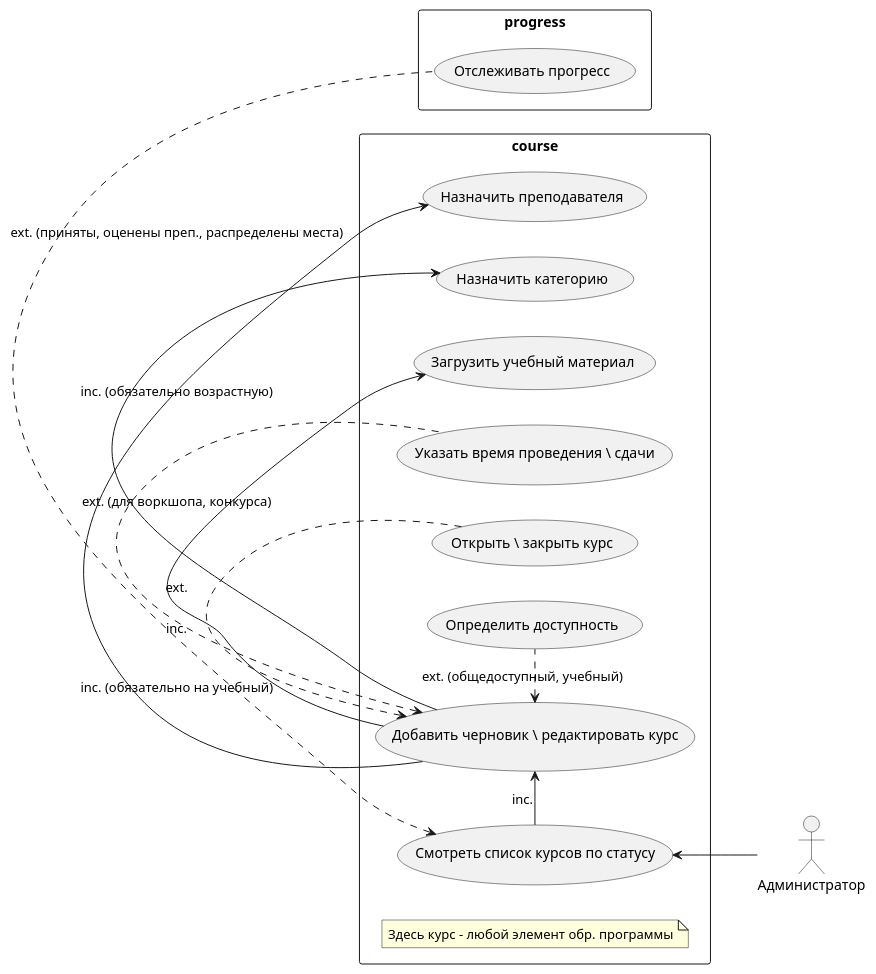
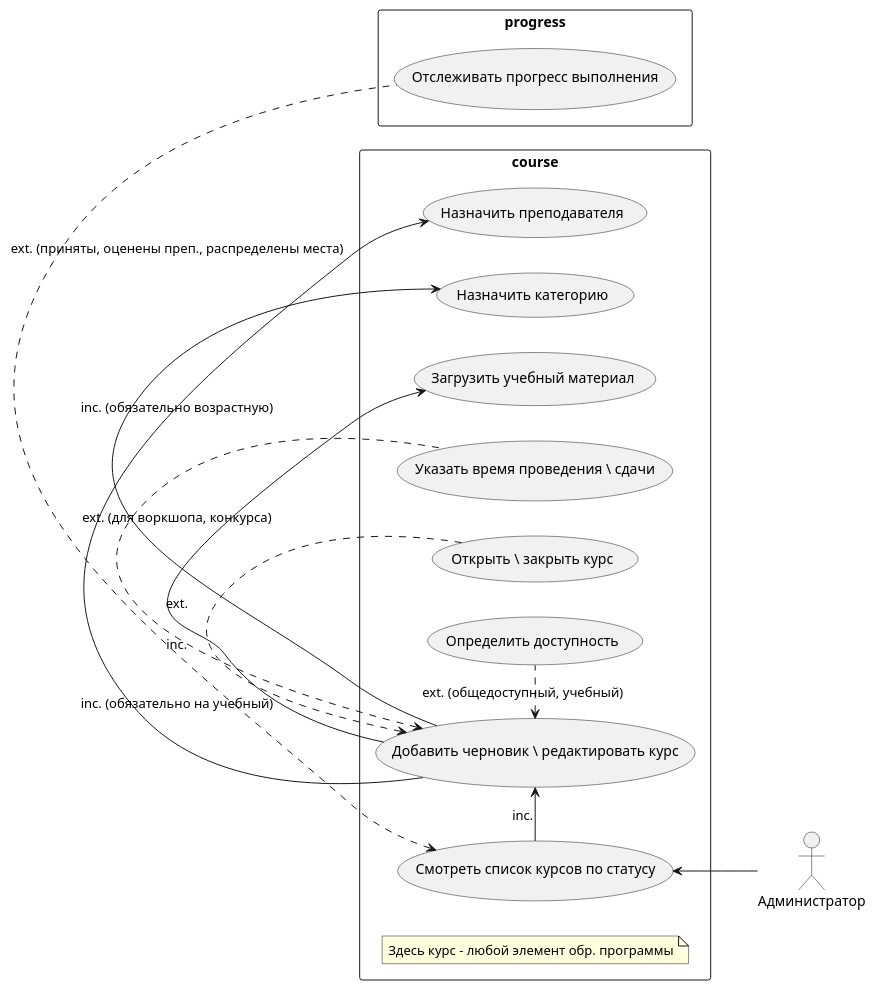
One commit to karpoftea/mts-kata-2023 changed the fifth of 7 diagrams in docs/requirements/requirements.md. Above: the diagram before and after it, drawn with PlantUML. The commit also changed other lines of this file and 3 other files, not shown here.

Commit message:
Добавил sequence для иллюстрации асинхронного взаимодействия, исправил опечатки

````diff
--- a/docs/requirements/requirements.md
+++ b/docs/requirements/requirements.md
@@ -213,35 +212,35 @@
 ```plantuml
 @startuml
 
 left to right direction
 
 actor "Администратор" as admin
 
 rectangle course {
   usecase "Смотреть список курсов по статусу" as UC71
   usecase "Назначить преподавателя" as UC61
   usecase "Назначить категорию" as UC62
   usecase "Добавить черновик \ редактировать курс" as UC63
   usecase "Загрузить учебный материал" as UC64
   usecase "Указать время проведения \ сдачи" as UC65
   usecase "Открыть \ закрыть курс" as UC66
   usecase "Определить доступность" as UC67
   note "Здесь курс - любой элемент обр. программы" as N61
 }
 
 rectangle progress {
-  usecase "Отслеживать прогресс" as UC72
+  usecase "Отслеживать прогресс выполнения" as UC72
 }
 
 UC63 -> UC61 : inc. (обязательно на учебный)
 UC63 -> UC62 : inc. (обязательно возрастную)
 UC63 -> UC64 : inc.
 UC63 <. UC65 : ext. (для воркшопа, конкурса)
 UC63 <. UC66 : ext.
 UC63 <. UC67 : ext. (общедоступный, учебный)
 admin -up-> UC71
 UC71 -> UC63 : inc.
 UC71 <. UC72 : ext. (приняты, оценены преп., распределены места)
 
 @enduml
 ```
````
